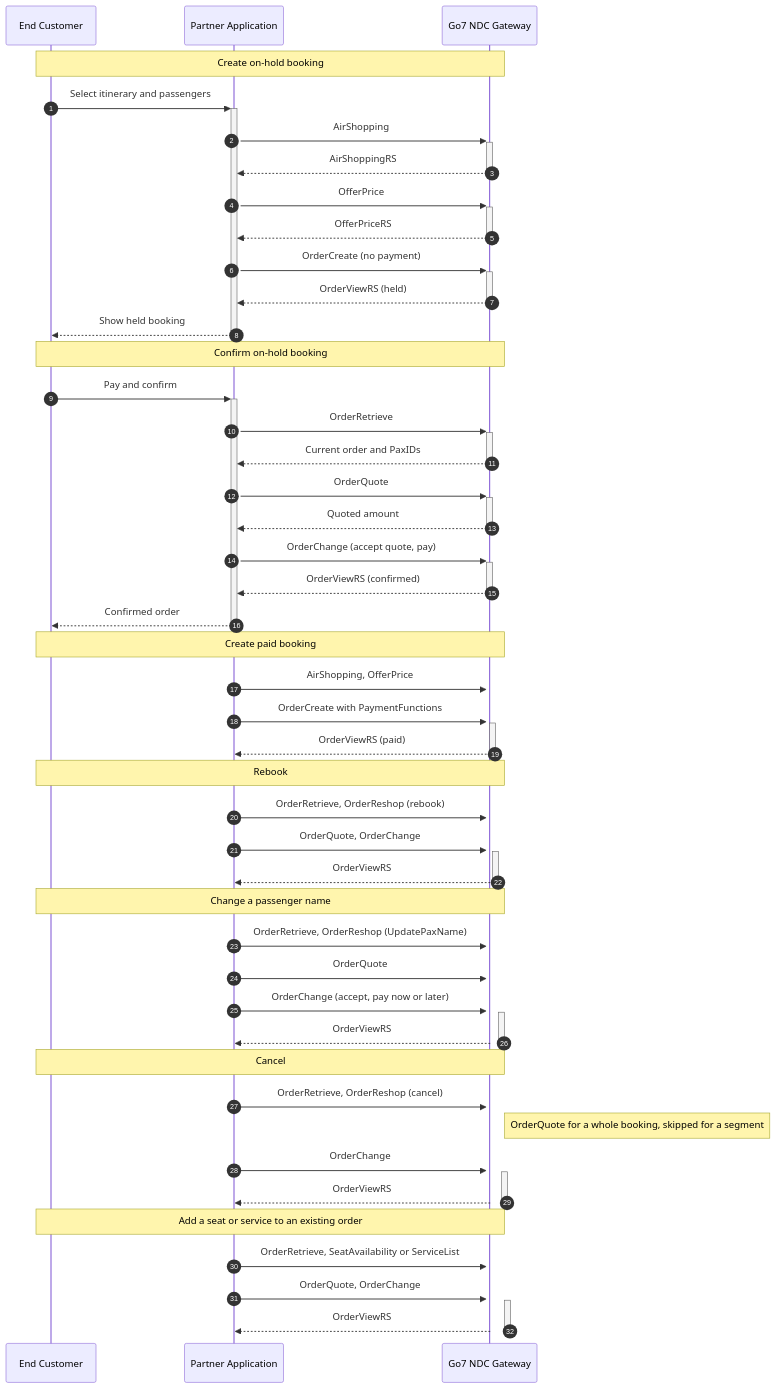
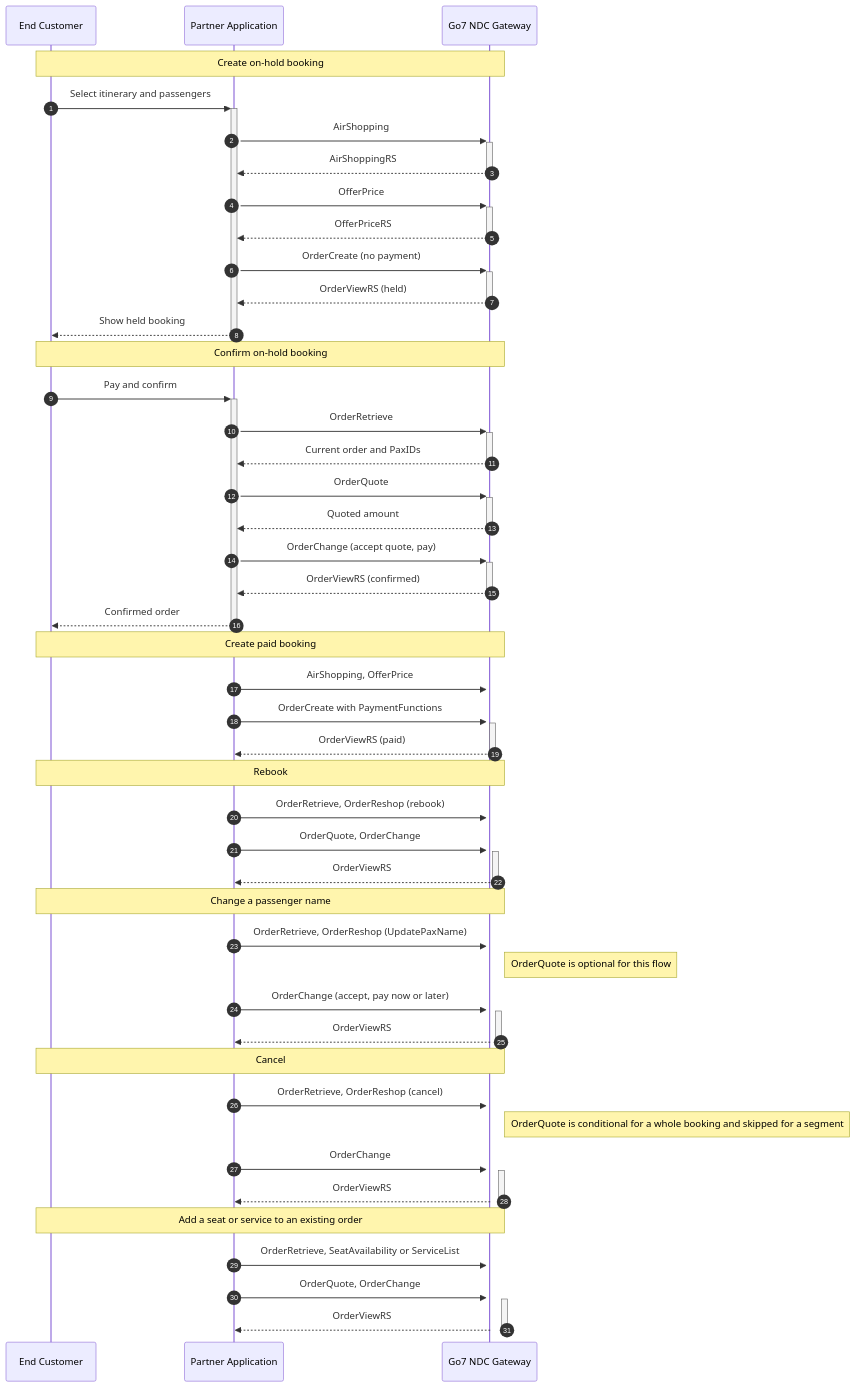
One commit to GO7-WorldTicket/docs changed the diagram in ndc/NDC_PARTNER_GUIDE.md. Above: the diagram before and after it, drawn with Mermaid. The commit also changed other lines of this file and 7 other files, not shown here.

````diff
--- a/ndc/NDC_PARTNER_GUIDE.md
+++ b/ndc/NDC_PARTNER_GUIDE.md
@@ -94,54 +94,54 @@
 ```mermaid
 sequenceDiagram
     autonumber
     participant Customer as End Customer
     participant Application as Partner Application
     participant GW as Go7 NDC Gateway
 
     Note over Customer, GW: Create on-hold booking
     Customer->>+Application: Select itinerary and passengers
     Application->>+GW: AirShopping
     GW-->>-Application: AirShoppingRS
     Application->>+GW: OfferPrice
     GW-->>-Application: OfferPriceRS
     Application->>+GW: OrderCreate (no payment)
     GW-->>-Application: OrderViewRS (held)
     Application-->>-Customer: Show held booking
 
     Note over Customer, GW: Confirm on-hold booking
     Customer->>+Application: Pay and confirm
     Application->>+GW: OrderRetrieve
     GW-->>-Application: Current order and PaxIDs
     Application->>+GW: OrderQuote
     GW-->>-Application: Quoted amount
     Application->>+GW: OrderChange (accept quote, pay)
     GW-->>-Application: OrderViewRS (confirmed)
     Application-->>-Customer: Confirmed order
 
     Note over Customer, GW: Create paid booking
     Application->>+GW: AirShopping, OfferPrice
     Application->>+GW: OrderCreate with PaymentFunctions
     GW-->>-Application: OrderViewRS (paid)
 
     Note over Customer, GW: Rebook
     Application->>+GW: OrderRetrieve, OrderReshop (rebook)
     Application->>+GW: OrderQuote, OrderChange
     GW-->>-Application: OrderViewRS
 
     Note over Customer, GW: Change a passenger name
     Application->>+GW: OrderRetrieve, OrderReshop (UpdatePaxName)
-    Application->>+GW: OrderQuote
+    Note right of GW: OrderQuote is optional for this flow
     Application->>+GW: OrderChange (accept, pay now or later)
     GW-->>-Application: OrderViewRS
 
     Note over Customer, GW: Cancel
     Application->>+GW: OrderRetrieve, OrderReshop (cancel)
-    Note right of GW: OrderQuote for a whole booking, skipped for a segment
+    Note right of GW: OrderQuote is conditional for a whole booking and skipped for a segment
     Application->>+GW: OrderChange
     GW-->>-Application: OrderViewRS
 
     Note over Customer, GW: Add a seat or service to an existing order
     Application->>+GW: OrderRetrieve, SeatAvailability or ServiceList
     Application->>+GW: OrderQuote, OrderChange
     GW-->>-Application: OrderViewRS
 ```
````
